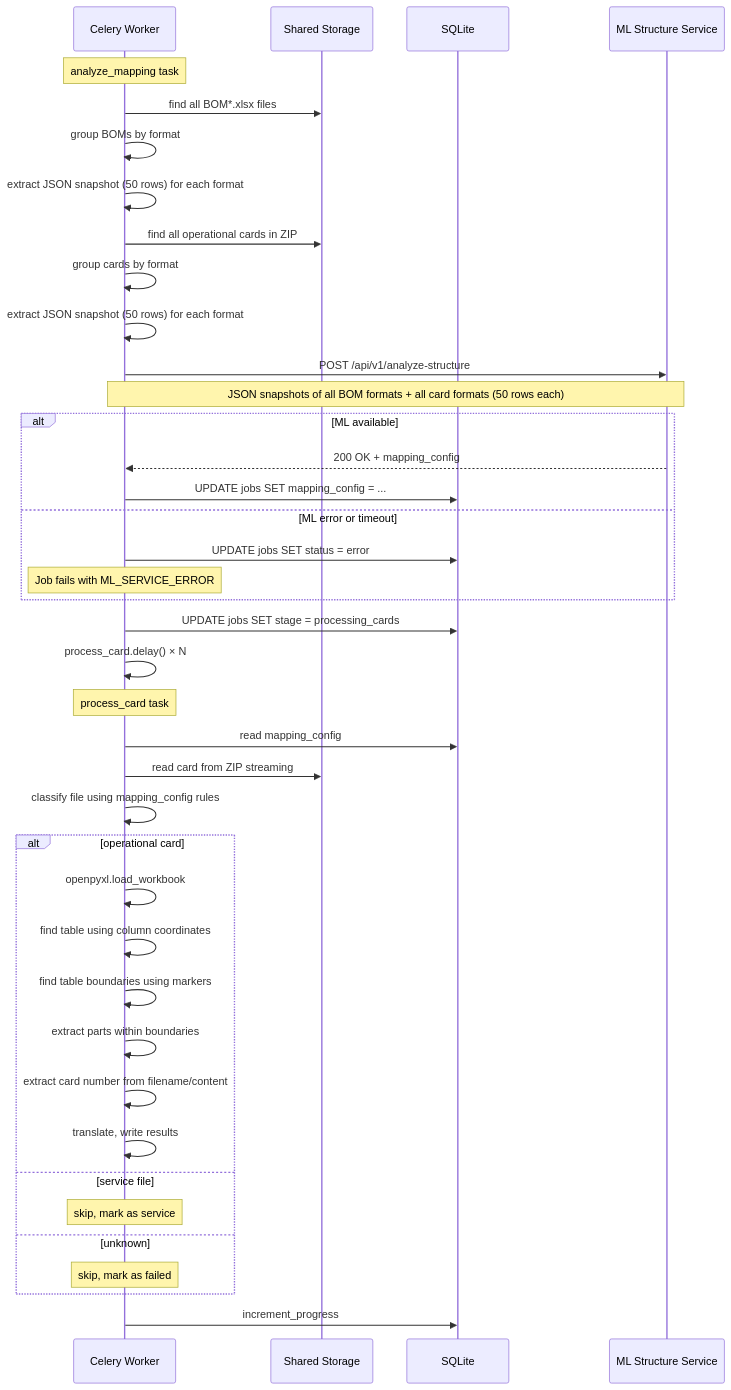
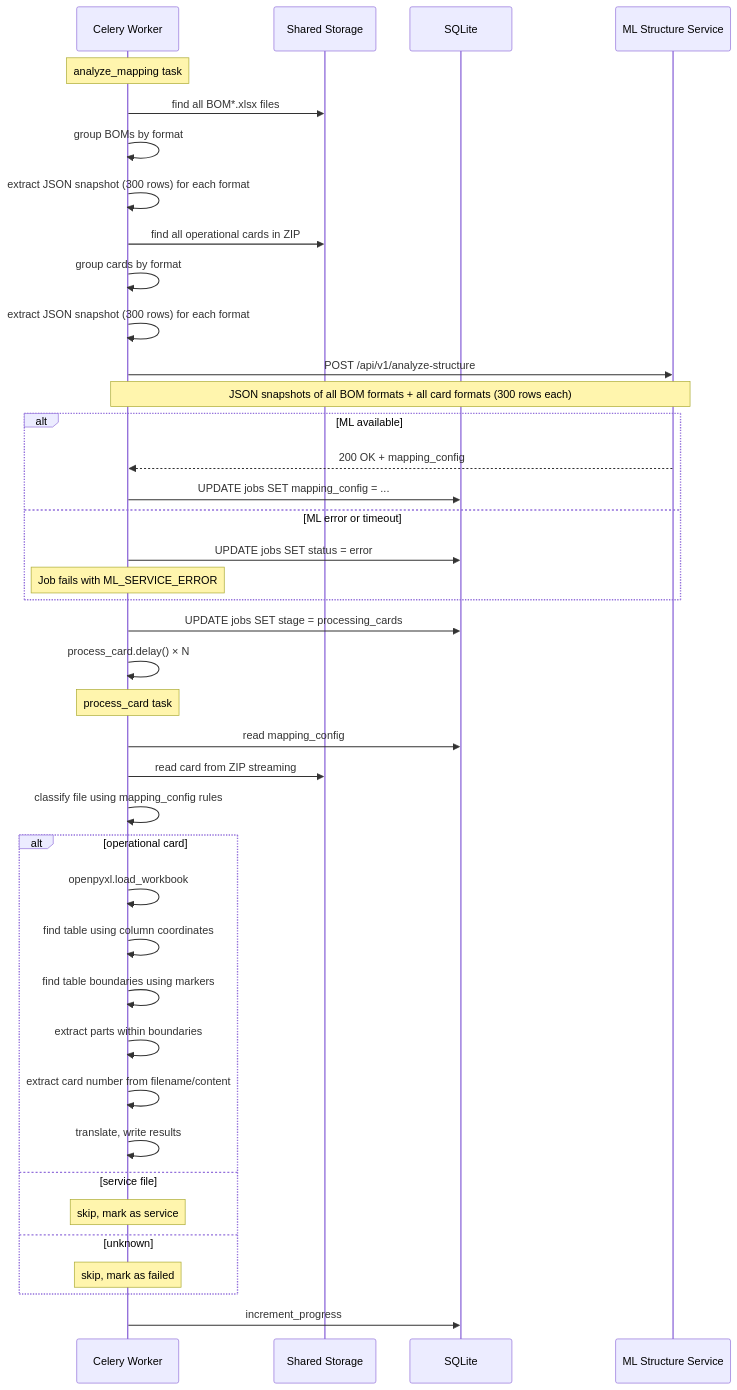
One commit to practice-avtotor/burlak-backend changed the diagram in docs/ml_service_contract.md. Above: the diagram before and after it, drawn with Mermaid. The commit also changed other lines of this file, not shown here.

Commit message:
docs: The only change in the query that was required was max_sample_rows: 50 → 300 so that ML could see enough rows to detect multi-card patterns.

````diff
--- a/docs/ml_service_contract.md
+++ b/docs/ml_service_contract.md
@@ -934,53 +934,53 @@
 ```mermaid
 sequenceDiagram
     participant W as Celery Worker
     participant SS as Shared Storage
     participant DB as SQLite
     participant ML as ML Structure Service
     
     Note over W: analyze_mapping task
     
     W->>SS: find all BOM*.xlsx files
     W->>W: group BOMs by format
-    W->>W: extract JSON snapshot (50 rows) for each format
+    W->>W: extract JSON snapshot (300 rows) for each format
     
     W->>SS: find all operational cards in ZIP
     W->>W: group cards by format
-    W->>W: extract JSON snapshot (50 rows) for each format
+    W->>W: extract JSON snapshot (300 rows) for each format
     
     W->>ML: POST /api/v1/analyze-structure
-    Note over W,ML: JSON snapshots of all BOM formats + all card formats (50 rows each)
+    Note over W,ML: JSON snapshots of all BOM formats + all card formats (300 rows each)
     
     alt ML available
         ML-->>W: 200 OK + mapping_config
         W->>DB: UPDATE jobs SET mapping_config = ...
     else ML error or timeout
         W->>DB: UPDATE jobs SET status = error
         Note over W: Job fails with ML_SERVICE_ERROR
     end
     
     W->>DB: UPDATE jobs SET stage = processing_cards
     W->>W: process_card.delay() × N
     
     Note over W: process_card task
     
     W->>DB: read mapping_config
     W->>SS: read card from ZIP streaming
     
     W->>W: classify file using mapping_config rules
     
     alt operational card
         W->>W: openpyxl.load_workbook
         W->>W: find table using column coordinates
         W->>W: find table boundaries using markers
         W->>W: extract parts within boundaries
         W->>W: extract card number from filename/content
         W->>W: translate, write results
     else service file
         Note over W: skip, mark as service
     else unknown
         Note over W: skip, mark as failed
     end
     
     W->>DB: increment_progress
 ```
````
